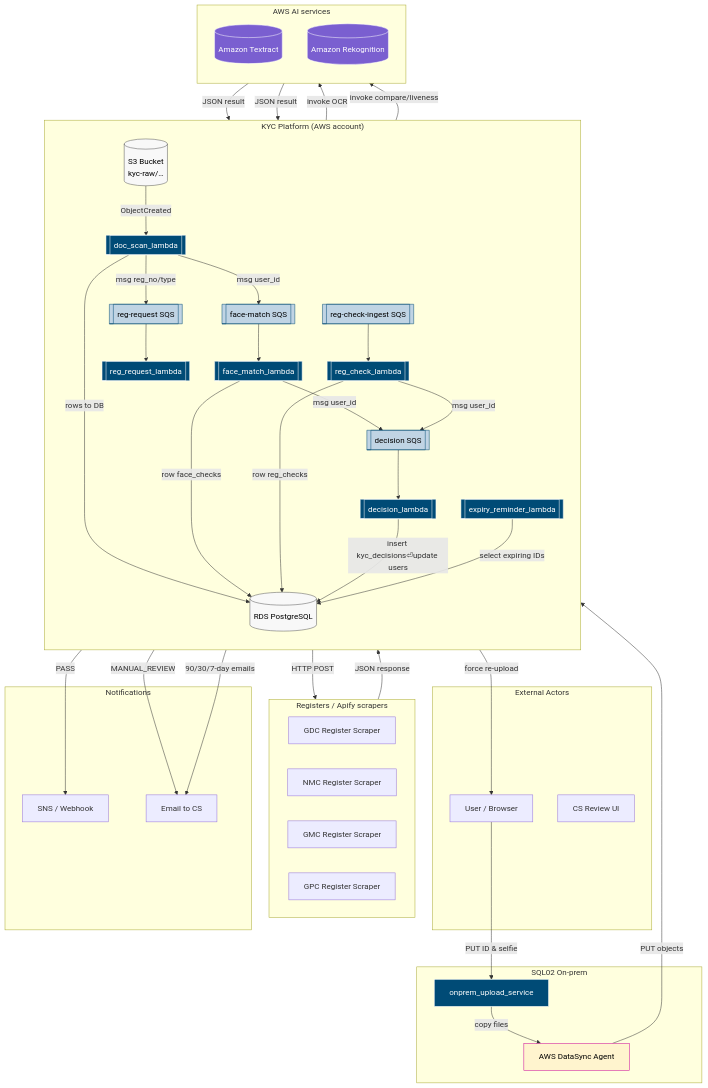
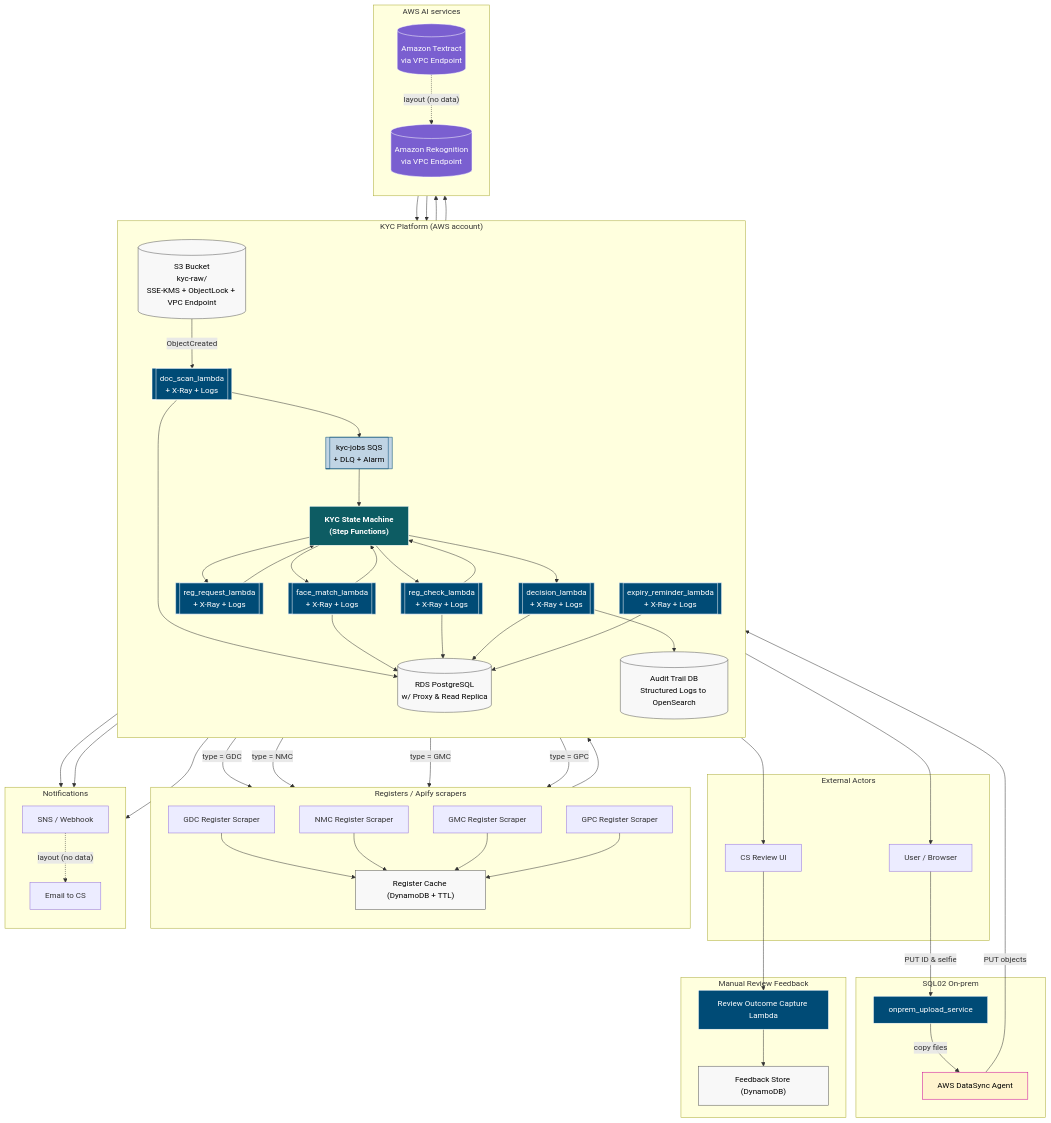
One commit to otam-mato/KYC_platform_step_functions changed the first of 3 diagrams in README.md. Above: the diagram before and after it, drawn with Mermaid.

````diff
--- a/README.md
+++ b/README.md
@@ -31,32 +31,32 @@
 ```mermaid
-%%  KYC platform – component diagram 
+%%  KYC platform – component diagram
 graph TD
 
     %% ─────────  EXTERNAL ACTORS  ─────────
     subgraph "External Actors"
+        CSUI["CS Review UI"]
         User["User / Browser"]
-        CSUI["CS Review UI"]
     end
 
     %% ─────────  AWS KYC PLATFORM  ───────
     subgraph "KYC Platform (AWS account)"
         direction TB
 
-        S3[(S3 Bucket<br/>kyc-raw/…)]:::store
+        S3[(S3 Bucket<br/>kyc-raw/<br/>SSE-KMS + ObjectLock + VPC Endpoint)]:::store
 
-        FaceQ[[face-match SQS]]:::queue
-        RegReqQ[[reg-request SQS]]:::queue
-        RegRespQ[[reg-check-ingest SQS]]:::queue
-        DecQ[[decision SQS]]:::queue
+        KycJobsQ[[kyc-jobs SQS<br/>+ DLQ + Alarm]]:::queue
 
-        DocScan[[doc_scan_lambda]]:::lambda
-        ReqMaker[[reg_request_lambda]]:::lambda
-        FaceMatch[[face_match_lambda]]:::lambda
-        RegCheck[[reg_check_lambda]]:::lambda
-        Decision[[decision_lambda]]:::lambda
-        Expiry[[expiry_reminder_lambda]]:::lambda
+        DocScan[[doc_scan_lambda<br/>+ X-Ray + Logs]]:::lambda
+        ReqMaker[[reg_request_lambda<br/>+ X-Ray + Logs]]:::lambda
+        FaceMatch[[face_match_lambda<br/>+ X-Ray + Logs]]:::lambda
+        RegCheck[[reg_check_lambda<br/>+ X-Ray + Logs]]:::lambda
+        Decision[[decision_lambda<br/>+ X-Ray + Logs]]:::lambda
+        Expiry[[expiry_reminder_lambda<br/>+ X-Ray + Logs]]:::lambda
 
-        DB[(RDS PostgreSQL)]:::store
+        StepFn["KYC State&nbsp;Machine<br/>(Step&nbsp;Functions)"]:::stepfn
+
+        DB[(RDS PostgreSQL<br/>w/ Proxy & Read Replica)]:::store
+        AuditLog[(Audit Trail DB<br/>Structured Logs to OpenSearch)]:::store
     end
 
     %% ─────────  SQL02 ON-PREM / EDGE  ─────────
@@ -67,24 +67,34 @@
 
     %% ─────────  REGISTERS / APIFY  ───────
     subgraph APIFY_BOX["Registers / Apify scrapers"]
-        direction LR
+        direction TB
         ApifyGDC["GDC Register Scraper"]
         ApifyNMC["NMC Register Scraper"]
         ApifyGMC["GMC Register Scraper"]
         ApifyGPC["GPC Register Scraper"]
+        RegCache["Register Cache (DynamoDB + TTL)"]:::store
     end
 
     %% ─────────  AWS AI SERVICES  ─────────
     subgraph "AWS AI services"
         direction TB
-        Textract[(Amazon Textract)]:::ai
-        Rekog[(Amazon Rekognition)]:::ai
+        Textract[(Amazon Textract<br/>via VPC Endpoint)]:::ai
+        Rekog[(Amazon Rekognition<br/>via VPC Endpoint)]:::ai
+        Textract -. "layout (no data)" .-> Rekog  
     end
 
     %% ─────────  NOTIFICATION  ───────────
     subgraph "Notifications"
+        direction TB
         NotifySNS["SNS / Webhook"]
         NotifyEmail["Email to CS"]
+        NotifySNS -. "layout (no data)" .-> NotifyEmail
+    end
+
+    %% ─────────  FEEDBACK LOOP  ─────────
+    subgraph "Manual Review Feedback"
+        FeedbackSvc["Review Outcome Capture Lambda"]
+        FeedbackDB["Feedback Store (DynamoDB)"]:::store
     end
 
     %% ─────────  FLOWS ─────────
@@ -93,34 +103,49 @@
     DataSyncAgent -->|"PUT objects"| S3
 
     S3 -- "ObjectCreated" --> DocScan
-    DocScan -- "invoke OCR"       --> Textract
-    Textract -- "JSON result"     --> DocScan
-    DocScan -- "rows to DB"       --> DB
-    DocScan -- "msg user_id"      --> FaceQ
-    DocScan -- "msg reg_no/type"  --> RegReqQ
+    DocScan --> Textract
+    Textract --> DocScan
+    DocScan --> DB
+    DocScan --> KycJobsQ
+    KycJobsQ --> StepFn
 
-    FaceQ --> FaceMatch
-    FaceMatch -- "invoke compare/liveness" --> Rekog
-    Rekog -- "JSON result"                 --> FaceMatch
-    FaceMatch -- "row face_checks"         --> DB
-    FaceMatch -- "msg user_id"             --> DecQ
+    StepFn --> FaceMatch
+    FaceMatch --> Rekog
+    Rekog --> FaceMatch
+    FaceMatch --> DB
+    FaceMatch --> StepFn
 
-    RegReqQ --> ReqMaker
-    ReqMaker -- "HTTP POST"      --> APIFY_BOX
-    APIFY_BOX -- "JSON response" --> RegRespQ
+    StepFn --> ReqMaker
+    ReqMaker -- "type = GDC" --> ApifyGDC
+    ReqMaker -- "type = NMC" --> ApifyNMC
+    ReqMaker -- "type = GMC" --> ApifyGMC
+    ReqMaker -- "type = GPC" --> ApifyGPC
 
-    RegRespQ --> RegCheck
-    RegCheck -- "row reg_checks" --> DB
-    RegCheck -- "msg user_id"    --> DecQ
+    %% each scraper writes downward into the cache
+    ApifyGDC --> RegCache
+    ApifyNMC --> RegCache
+    ApifyGMC --> RegCache
+    ApifyGPC --> RegCache
+    RegCache --> ReqMaker
+    ReqMaker --> StepFn
 
-    DecQ --> Decision
-    Decision -- "insert kyc_decisions⏎update users" --> DB
-    Decision -- "PASS"          --> NotifySNS
-    Decision -- "MANUAL_REVIEW" --> NotifyEmail
+    StepFn --> RegCheck
+    RegCheck --> DB
+    RegCheck --> StepFn
 
-    Expiry -- "select expiring IDs" --> DB
-    Expiry -- "90/30/7-day emails"  --> NotifyEmail
-    Expiry -- "force re-upload"     --> User
+    StepFn --> Decision
+    Decision --> DB
+    Decision --> NotifySNS
+    Decision --> NotifyEmail
+    Decision --> CSUI
+    Decision --> AuditLog
+
+    CSUI --> FeedbackSvc
+    FeedbackSvc --> FeedbackDB
+
+    Expiry --> DB
+    Expiry --> NotifyEmail
+    Expiry --> User
 
     %% ─────────  STYLING  ─────────
     classDef lambda fill:#004B76,stroke:#fff,color:#fff;
@@ -128,10 +153,12 @@
     classDef store  fill:#F8F8F8,stroke:#555,color:#000;
     classDef source fill:#FFF4CE,stroke:#C09,color:#000;
     classDef ai     fill:#7A5FD0,stroke:#fff,color:#fff;
+    classDef stepfn fill:#0D5C63,stroke:#fff,color:#fff,font-weight:bold;
 
-    class OnPremSvc,DocScan,ReqMaker,FaceMatch,RegCheck,Decision,Expiry lambda;
-    class FaceQ,RegReqQ,RegRespQ,DecQ queue;
-    class S3,DB store;
+    class OnPremSvc,DocScan,ReqMaker,FaceMatch,RegCheck,Decision,Expiry,FeedbackSvc lambda;
+    class KycJobsQ queue;
+    class S3,DB,AuditLog,FeedbackDB,RegCache store;
     class DataSyncAgent source;
     class Textract,Rekog ai;
+    class StepFn stepfn;
 ```
````
